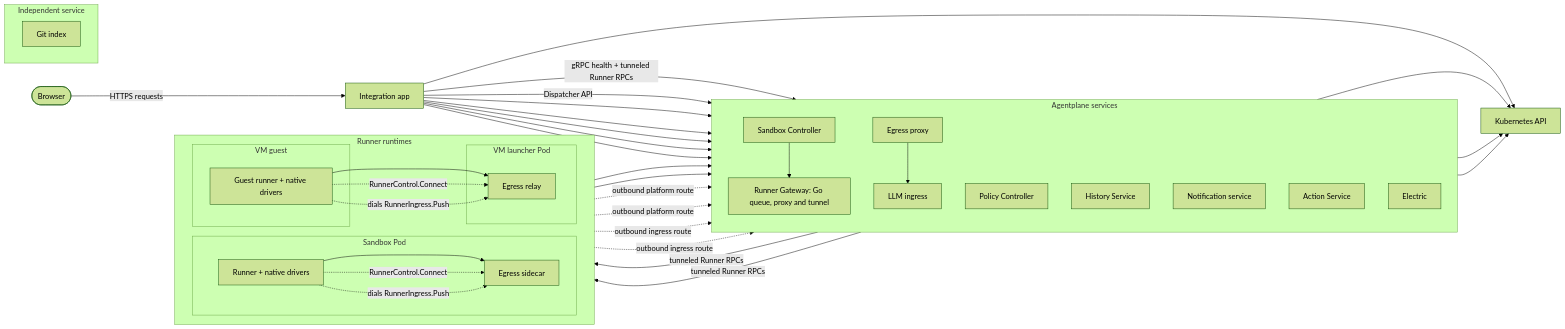
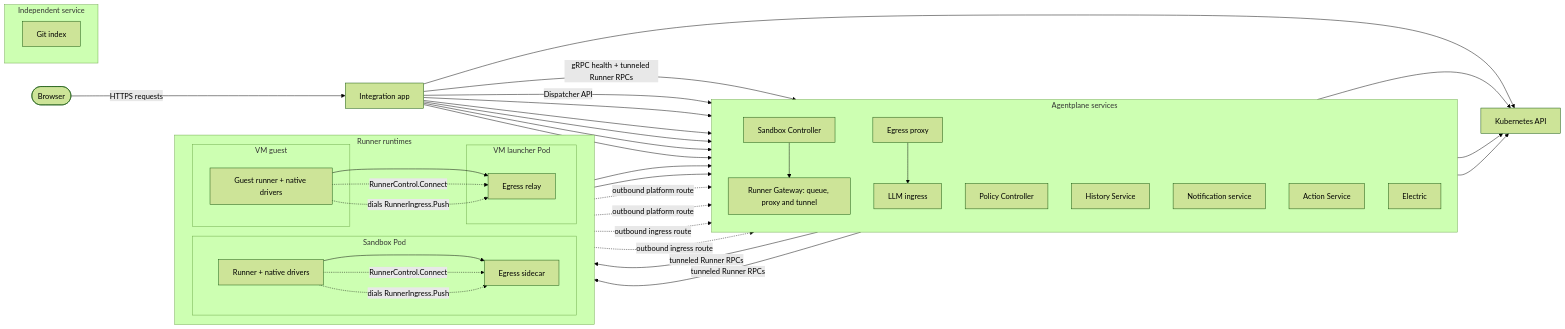
The first of 6 diagrams in agentplane/README.md (agentydragon-agent/ducktape), drawn with Mermaid (forest theme) before and after one commit. The commit also changed other lines of this file and 27 other files, not shown here.

````diff
--- a/agentplane/README.md
+++ b/agentplane/README.md
@@ -51,76 +51,76 @@
 ```mermaid
 flowchart LR
     browser([Browser])
     app[Integration app]
     subgraph services[Agentplane services]
         direction TB
-        gw[Runner Gateway: Go queue, proxy and tunnel]
+        gw[Runner Gateway: queue, proxy and tunnel]
         sandboxctl[Sandbox Controller]
         policy[Policy Controller]
         hs[History Service]
         notif[Notification service]
         actions[Action Service]
         egress[Egress proxy]
         llm[LLM ingress]
         electric[Electric]
     end
     subgraph runtimes[Runner runtimes]
       direction LR
       subgraph sandbox[Sandbox Pod]
         runner[Runner + native drivers]
         sidecar[Egress sidecar]
       end
       subgraph vm_guest[VM guest]
         guest[Guest runner + native drivers]
       end
       subgraph vm_sandbox[VM launcher Pod]
         relay[Egress relay]
       end
     end
     k8s[Kubernetes API]
     subgraph independent[Independent service]
       direction LR
         index[Git index]
     end
 
     browser -->|HTTPS requests| app
     app -->|gRPC health + tunneled Runner RPCs| gw
     app -->|Dispatcher API| gw
     app --> hs
     app --> notif
     app --> actions
     app --> egress
     app --> electric
     app --> k8s
 
     gw --> k8s
     policy --> k8s
     sandboxctl --> k8s
     sandboxctl --> gw
     runner --> sidecar --> egress
     guest --> relay --> egress
     runner -.->|RunnerControl.Connect| sidecar
     sidecar -.->|outbound platform route| gw
     guest -.->|RunnerControl.Connect| relay
     relay -.->|outbound platform route| gw
     gw -->|tunneled Runner RPCs| runner
     gw -->|tunneled Runner RPCs| guest
     runner -.->|dials RunnerIngress.Push| sidecar
     sidecar -.->|outbound ingress route| hs
     guest -.->|dials RunnerIngress.Push| relay
     relay -.->|outbound ingress route| hs
 
     egress --> llm
 
     click app href "app/api.py" "Integration app API"
     click gw href "docs/runner_control.md" "Runner control stream and proxy"
     click hs href "proto/history_service.proto" "History Service API"
     click notif href "notification_service/api.py" "Notification Service API"
     click actions href "action_service/api.py" "Action Service API"
     click policy href "policy_controller/controller.go" "Policy Controller"
     click sandboxctl href "sandbox_controller/controller.go" "Sandbox Controller"
     click egress href "egress/addon.py" "Egress proxy"
     click llm href "llm_ingress/server.go" "LLM ingress"
     click electric href "../cluster/cdk8s/agentplane/electric.py" "Electric deployment"
     click index href "indexing/app.py" "Git index API"
 ```
````
